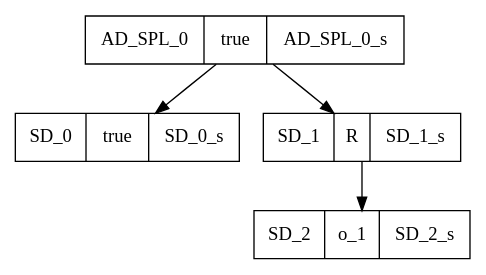
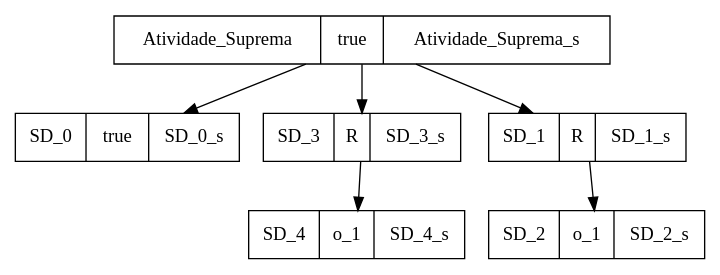
One commit to SPLMC/spl-generator changed the diagram in src/results_joao/rdg_rdg.dot. Above: the diagram before and after it, drawn with Graphviz. The commit also changed 34 other files, not shown here.

```diff
--- a/src/results_joao/rdg_rdg.dot
+++ b/src/results_joao/rdg_rdg.dot
@@ -1,9 +1,13 @@
 digraph graphname {
-AD_SPL_0[shape=record, label="{{AD_SPL_0|true|AD_SPL_0_s}}"];
+Atividade_Suprema[shape=record, label="{{Atividade_Suprema|true|Atividade_Suprema_s}}"];
 SD_0[shape=record, label="{{SD_0|true|SD_0_s}}"];
+SD_3[shape=record, label="{{SD_3|R|SD_3_s}}"];
+SD_4[shape=record, label="{{SD_4|o_1|SD_4_s}}"];
 SD_1[shape=record, label="{{SD_1|R|SD_1_s}}"];
 SD_2[shape=record, label="{{SD_2|o_1|SD_2_s}}"];
-AD_SPL_0 -> SD_0;
-AD_SPL_0 -> SD_1;
+Atividade_Suprema -> SD_0;
+Atividade_Suprema -> SD_3;
+SD_3 -> SD_4;
+Atividade_Suprema -> SD_1;
 SD_1 -> SD_2;
 }
```
